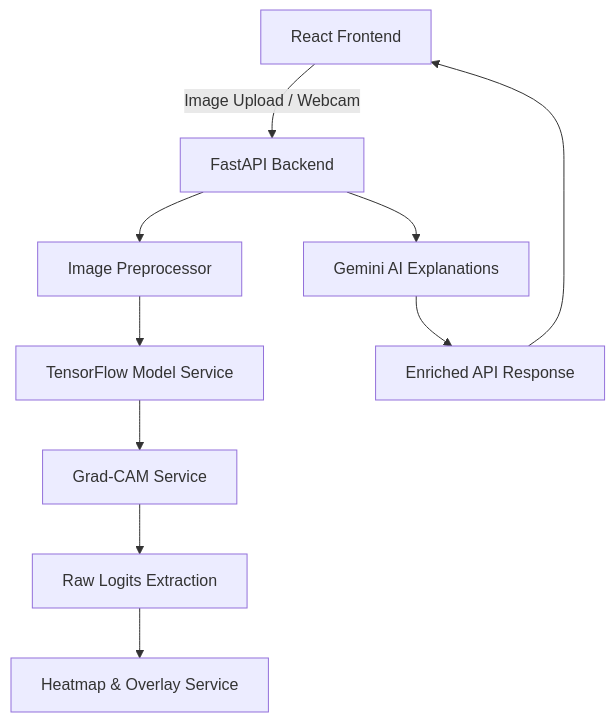
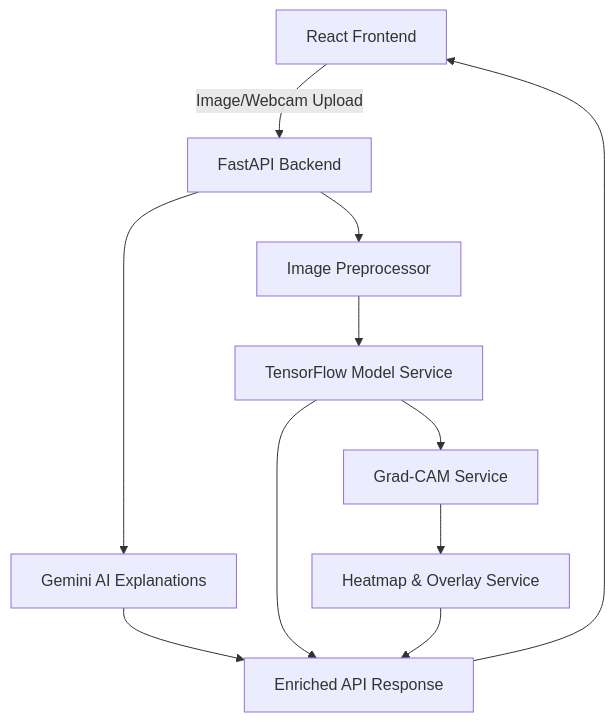
Before and after one commit to Manas-172006/deepfake-Projectexpo: the diagram in README.md, drawn with Mermaid. The commit also changed other lines of this file and 28 other files, not shown here.

Commit message:
frontend-backend v2

````diff
--- a/README.md
+++ b/README.md
@@ -24,12 +22,13 @@
 ```mermaid
 graph TD
-    Client[React Frontend] -->|Image Upload / Webcam| API[FastAPI Backend]
+    Client[React Frontend] -->|Image/Webcam Upload| API[FastAPI Backend]
     API --> Preproc[Image Preprocessor]
     Preproc --> Inference[TensorFlow Model Service]
     Inference --> GradCAM[Grad-CAM Service]
-    GradCAM --> Logits[Raw Logits Extraction]
-    Logits --> Heatmap[Heatmap & Overlay Service]
+    GradCAM --> Heatmap[Heatmap & Overlay Service]
     API --> Gemini[Gemini AI Explanations]
-    Gemini --> Payload[Enriched API Response]
-    Payload --> Client
+    Payload[Enriched API Response] --> Client
+    Gemini --> Payload
+    Inference --> Payload
+    Heatmap --> Payload
 ```
````
